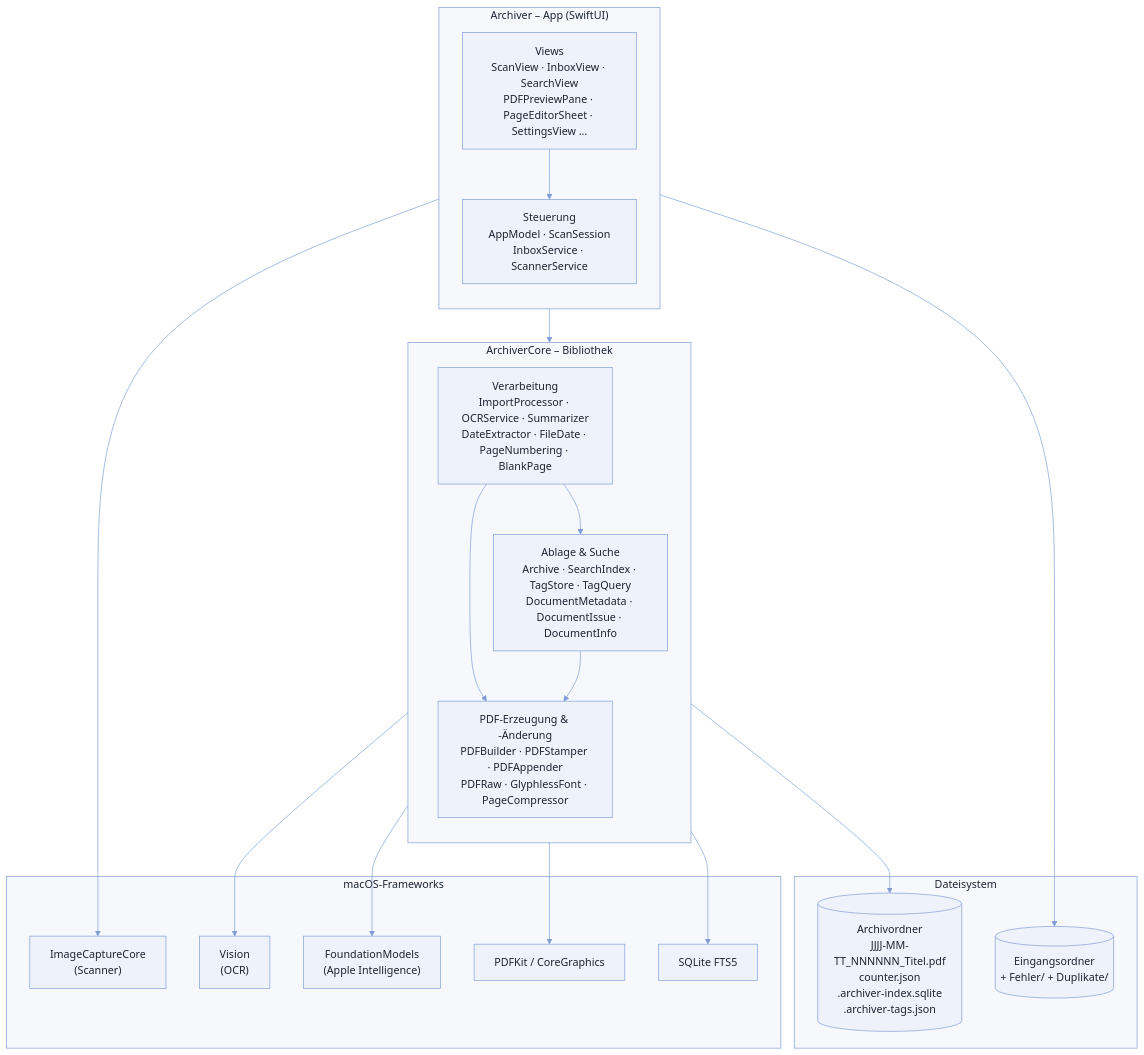
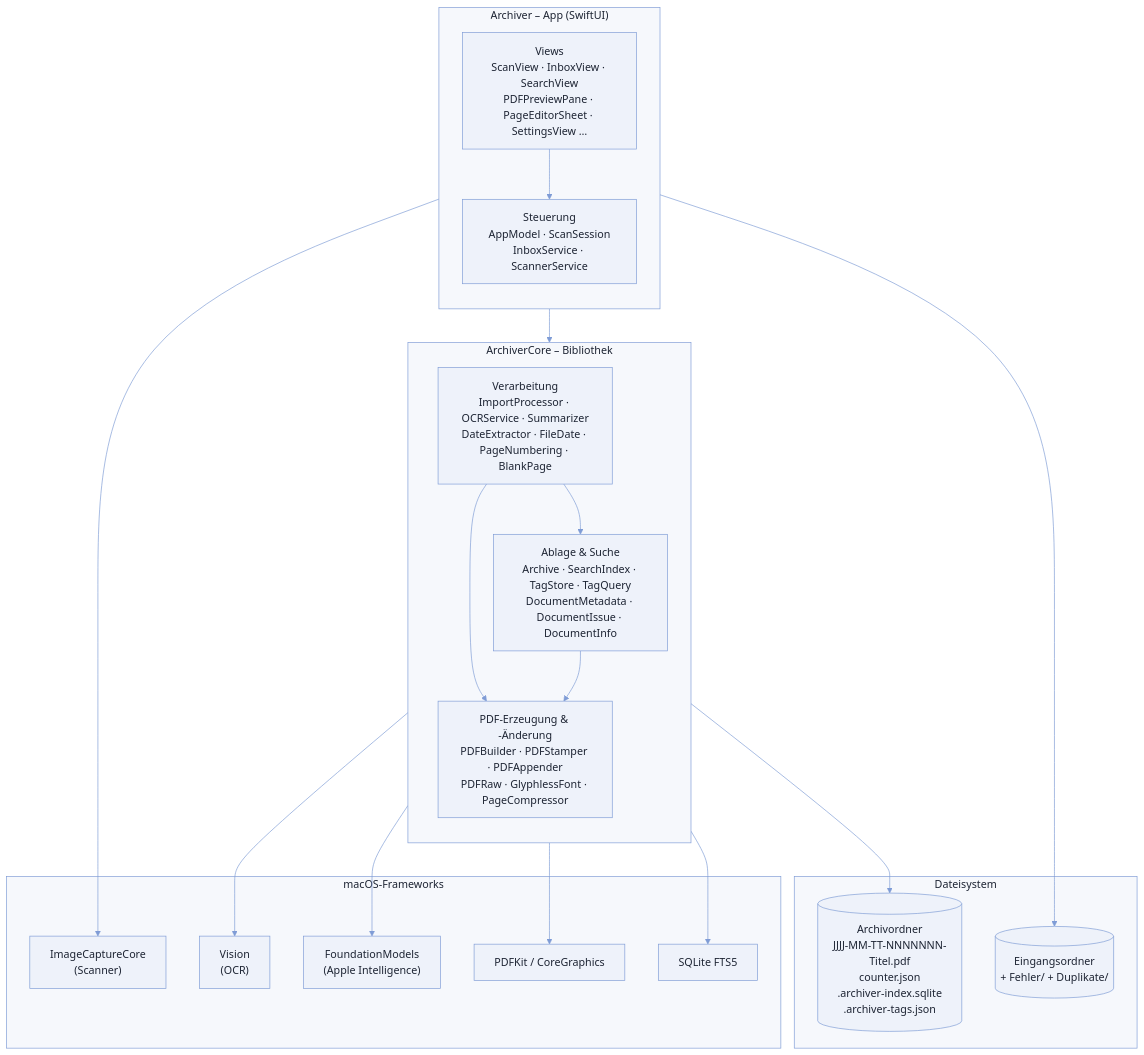
One commit to maziac/the-archiver-src changed the first of 14 diagrams in docs/ARCHITEKTUR.md. Above: the diagram before and after it, drawn with Mermaid. The commit also changed other lines of this file and 9 other files, not shown here.

Commit message:
Dateinamen: JJJJ-MM-TT-NNNNNNN-Titel.pdf (Bindestriche, siebenstellige Nummer); alte Form wird weiter gelesen

````diff
--- a/docs/ARCHITEKTUR.md
+++ b/docs/ARCHITEKTUR.md
@@ -25,42 +25,42 @@
 ```mermaid
 %%{init: {"theme": "base", "themeVariables": {"lineColor": "#7f9cd6", "primaryColor": "#eef2fa", "primaryTextColor": "#1d2433", "primaryBorderColor": "#7f9cd6", "secondaryColor": "#f3f0fa", "tertiaryColor": "#f6f8fc", "clusterBkg": "#f6f8fc", "clusterBorder": "#7f9cd6", "titleColor": "#1d2433", "edgeLabelBackground": "#ffffff", "textColor": "#1d2433", "signalColor": "#7f9cd6", "signalTextColor": "#7f9cd6", "actorBkg": "#eef2fa", "actorBorder": "#7f9cd6", "actorTextColor": "#1d2433", "actorLineColor": "#7f9cd6", "labelBoxBkgColor": "#eef2fa", "labelTextColor": "#1d2433", "loopTextColor": "#7f9cd6", "noteBkgColor": "#fff7d6", "noteTextColor": "#1d2433"}, "themeCSS": ".flowchart-link, .messageLine0, .messageLine1, .actor-line { stroke-width: 2px !important; }"}}%%
 flowchart TB
     subgraph APP["Archiver – App (SwiftUI)"]
         direction TB
         Views["Views<br/>ScanView · InboxView · SearchView<br/>PDFPreviewPane · PageEditorSheet · SettingsView …"]
         Controller["Steuerung<br/>AppModel · ScanSession<br/>InboxService · ScannerService"]
         Views --> Controller
     end
 
     subgraph CORE["ArchiverCore – Bibliothek"]
         direction TB
         Pipeline["Verarbeitung<br/>ImportProcessor · OCRService · Summarizer<br/>DateExtractor · FileDate · PageNumbering · BlankPage"]
         PDF["PDF-Erzeugung & -Änderung<br/>PDFBuilder · PDFStamper · PDFAppender<br/>PDFRaw · GlyphlessFont · PageCompressor"]
         Store["Ablage & Suche<br/>Archive · SearchIndex · TagStore · TagQuery<br/>DocumentMetadata · DocumentIssue · DocumentInfo"]
         Pipeline --> PDF
         Pipeline --> Store
         Store --> PDF
     end
 
     subgraph APPLE["macOS-Frameworks"]
         ICC["ImageCaptureCore<br/>(Scanner)"]
         Vision["Vision<br/>(OCR)"]
         FM["FoundationModels<br/>(Apple Intelligence)"]
         PDFKit["PDFKit / CoreGraphics"]
         SQLite["SQLite FTS5"]
     end
 
     subgraph FILES["Dateisystem"]
-        ArchiveDir[("Archivordner<br/>JJJJ-MM-TT_NNNNNN_Titel.pdf<br/>counter.json<br/>.archiver-index.sqlite<br/>.archiver-tags.json")]
+        ArchiveDir[("Archivordner<br/>JJJJ-MM-TT-NNNNNNN-Titel.pdf<br/>counter.json<br/>.archiver-index.sqlite<br/>.archiver-tags.json")]
         InboxDir[("Eingangsordner<br/>+ Fehler/ + Duplikate/")]
     end
 
     Controller --> CORE
     Controller --> ICC
     Pipeline --> Vision
     Pipeline --> FM
     PDF --> PDFKit
     Store --> SQLite
     Store --> ArchiveDir
     Controller --> InboxDir
 ```
````
